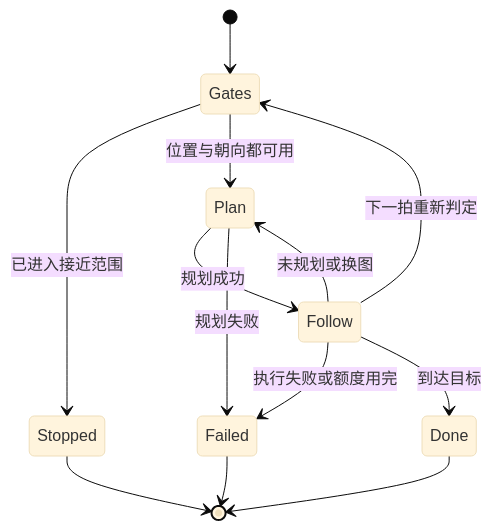
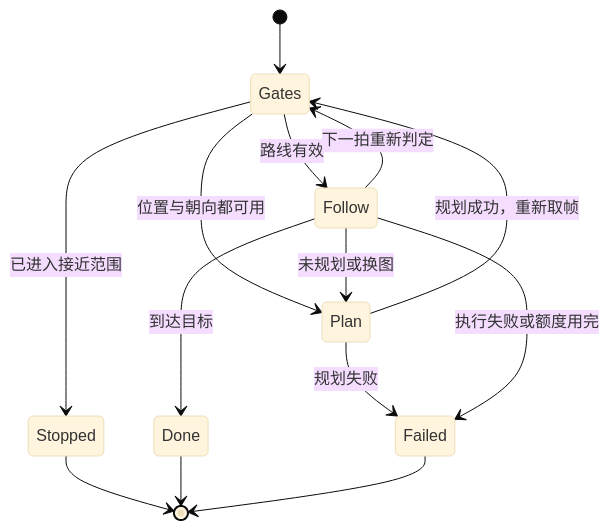
The second of 3 diagrams in docs/dev/网格导航.md (AliceJump/ok-end-field), drawn with Mermaid (base theme) before and after one commit. The commit also changed other lines of this file and 73 other files, not shown here.

````diff
--- a/docs/dev/网格导航.md
+++ b/docs/dev/网格导航.md
@@ -150,15 +150,16 @@
 ```mermaid
 stateDiagram-v2
     [*] --> Gates
     Gates --> Stopped: 已进入接近范围
     Gates --> Plan: 位置与朝向都可用
-    Plan --> Follow: 规划成功
+    Plan --> Gates: 规划成功，重新取帧
+    Gates --> Follow: 路线有效
     Follow --> Plan: 未规划或换图
     Follow --> Gates: 下一拍重新判定
     Plan --> Failed: 规划失败
     Follow --> Failed: 执行失败或额度用完
     Follow --> Done: 到达目标
     Stopped --> [*]
     Done --> [*]
     Failed --> [*]
 ```
````
